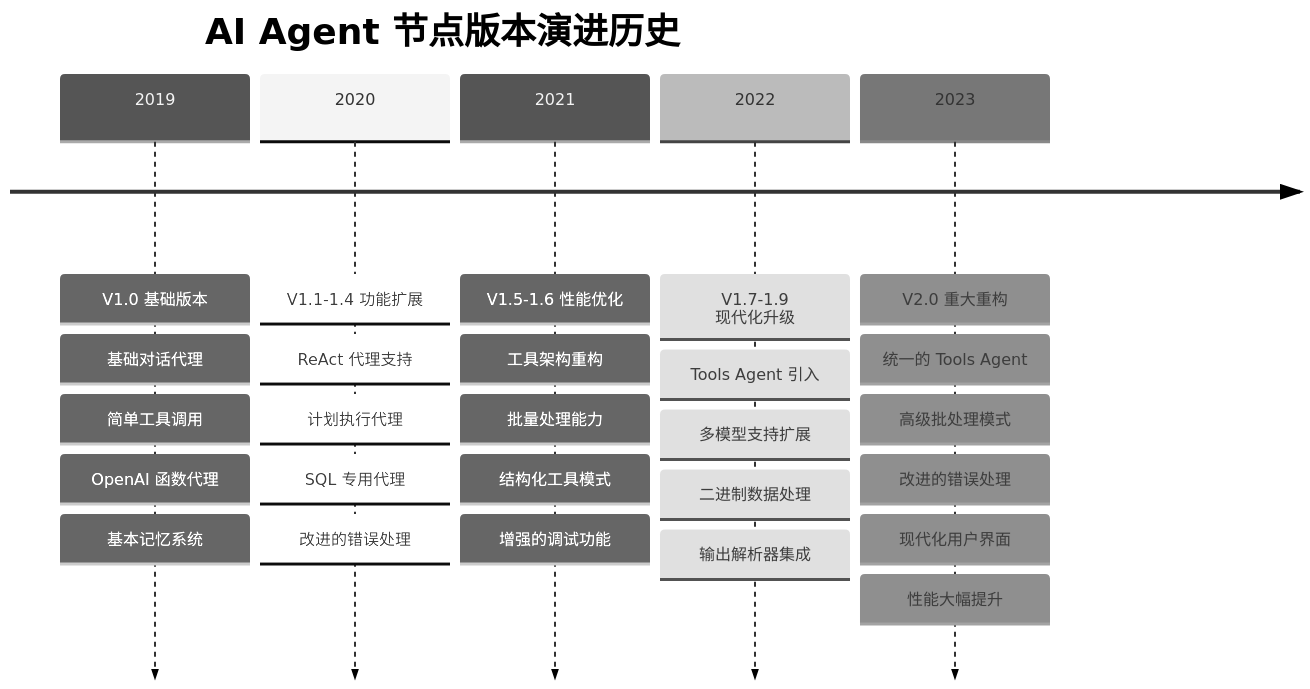
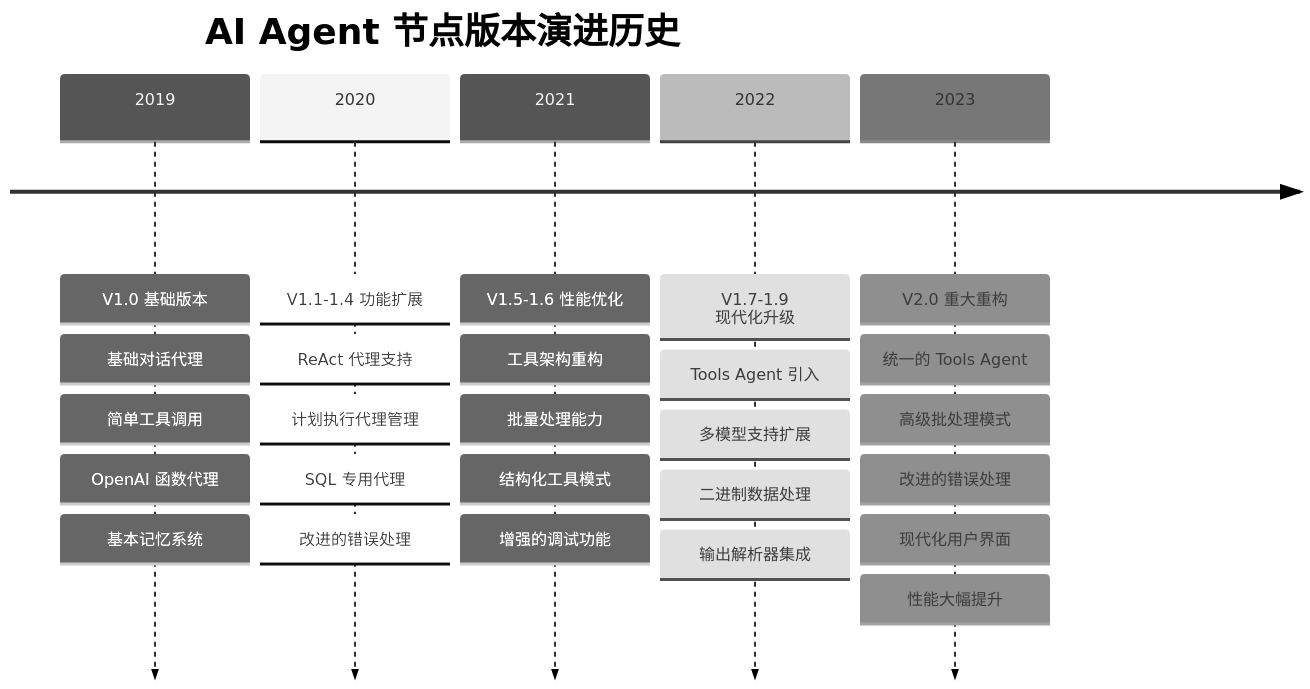
One commit to fusion-data/fusion-data changed the first of 17 diagrams in documents/_n8n/nodes/ai_agent.md. Above: the diagram before and after it, drawn with Mermaid (neutral theme). The commit also changed other lines of this file and 547 other files, not shown here.

````diff
--- a/documents/_n8n/nodes/ai_agent.md
+++ b/documents/_n8n/nodes/ai_agent.md
@@ -18,35 +21,35 @@
 ```mermaid
 timeline
     title AI Agent 节点版本演进历史
 
     2019    : V1.0 基础版本
             : 基础对话代理
             : 简单工具调用
             : OpenAI 函数代理
             : 基本记忆系统
 
     2020    : V1.1-1.4 功能扩展
             : ReAct 代理支持
-            : 计划执行代理
+            : 计划执行代理管理
             : SQL 专用代理
             : 改进的错误处理
 
     2021    : V1.5-1.6 性能优化
             : 工具架构重构
             : 批量处理能力
             : 结构化工具模式
             : 增强的调试功能
 
     2022    : V1.7-1.9 现代化升级
             : Tools Agent 引入
             : 多模型支持扩展
             : 二进制数据处理
             : 输出解析器集成
 
     2023    : V2.0 重大重构
             : 统一的 Tools Agent
             : 高级批处理模式
             : 改进的错误处理
             : 现代化用户界面
             : 性能大幅提升
 ```
````
